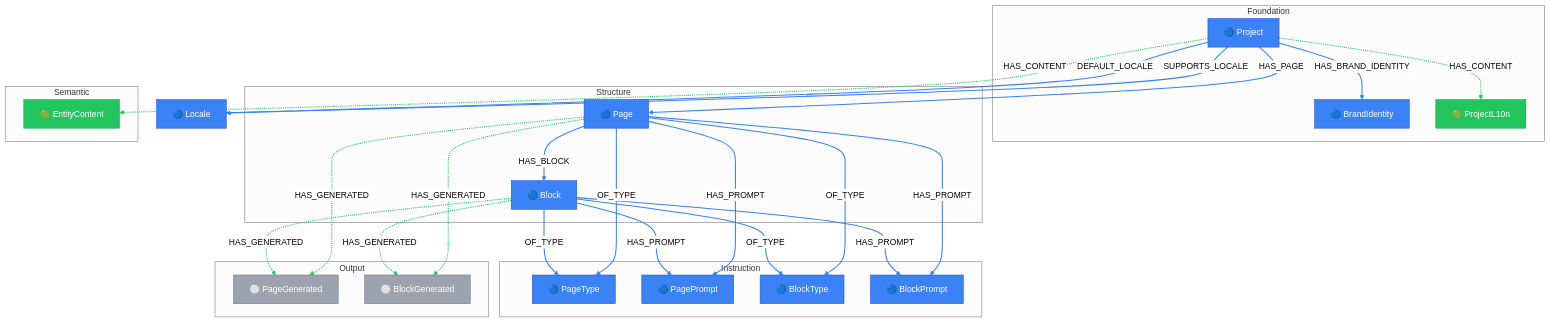
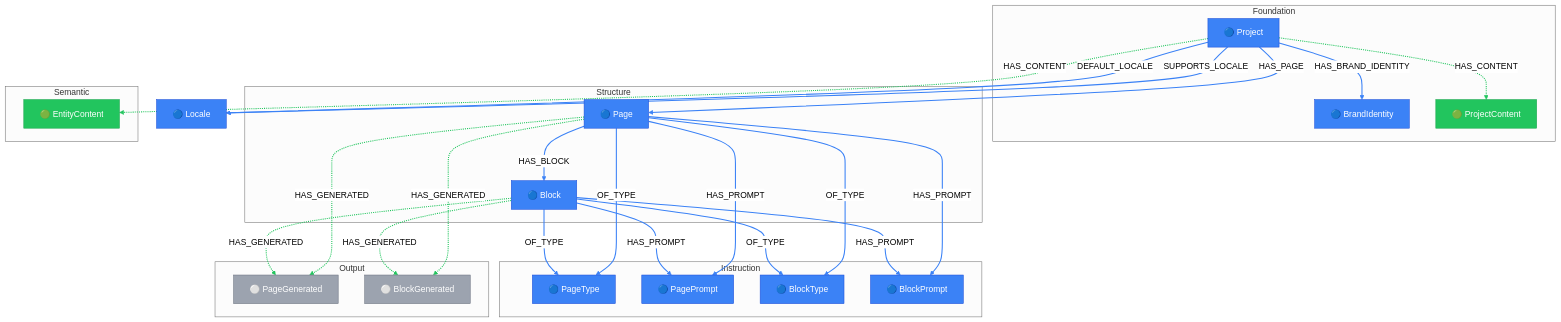
The diagram in packages/core/models/docs/project-layer.md (supernovae-st/novanet), drawn with Mermaid (neutral theme) before and after one commit. The commit also changed other lines of this file and 36 other files, not shown here.

First line of the commit message:
refactor(v11): rename ProjectL10n → ProjectContent for consistency

````diff
--- a/packages/core/models/docs/project-layer.md
+++ b/packages/core/models/docs/project-layer.md
@@ -33,82 +33,82 @@
 ```mermaid
 flowchart TB
   %% View: Project Layer (project-layer)
   %% 13 nodes, 19 arcs
 
   %% Trait styling (node_trait)
   classDef invariant fill:#3b82f6,stroke:#1d4ed8,color:#fff
   classDef localized fill:#22c55e,stroke:#16a34a,color:#fff
   classDef knowledge fill:#8b5cf6,stroke:#7c3aed,color:#fff
   classDef derived fill:#9ca3af,stroke:#6b7280,color:#fff
   classDef job fill:#6b7280,stroke:#4b5563,color:#fff
 
   subgraph FOUNDATION["Foundation"]
     Project["🔵 Project"]
     BrandIdentity["🔵 BrandIdentity"]
-    ProjectL10n["🟢 ProjectL10n"]
+    ProjectContent["🟢 ProjectContent"]
   end
 
   subgraph STRUCTURE["Structure"]
     Page["🔵 Page"]
     Block["🔵 Block"]
   end
 
   subgraph SEMANTIC["Semantic"]
     EntityContent["🟢 EntityContent"]
   end
 
   subgraph INSTRUCTION["Instruction"]
     PageType["🔵 PageType"]
     PagePrompt["🔵 PagePrompt"]
     BlockType["🔵 BlockType"]
     BlockPrompt["🔵 BlockPrompt"]
   end
 
   subgraph OUTPUT["Output"]
     PageGenerated["⚪ PageGenerated"]
     BlockGenerated["⚪ BlockGenerated"]
   end
 
   %% Additional reachable nodes
   Locale["🔵 Locale"]
 
   %% Relationships (styled by arc family)
   Block -.->|HAS_GENERATED| BlockGenerated
   Block -.->|HAS_GENERATED| PageGenerated
   Block -->|HAS_PROMPT| BlockPrompt
   Block -->|HAS_PROMPT| PagePrompt
   Block -->|OF_TYPE| BlockType
   Block -->|OF_TYPE| PageType
   Page -->|HAS_BLOCK| Block
   Page -.->|HAS_GENERATED| BlockGenerated
   Page -.->|HAS_GENERATED| PageGenerated
   Page -->|HAS_PROMPT| BlockPrompt
   Page -->|HAS_PROMPT| PagePrompt
   Page -->|OF_TYPE| BlockType
   Page -->|OF_TYPE| PageType
   Project -->|DEFAULT_LOCALE| Locale
   Project -->|HAS_BRAND_IDENTITY| BrandIdentity
   Project -.->|HAS_CONTENT| EntityContent
-  Project -.->|HAS_CONTENT| ProjectL10n
+  Project -.->|HAS_CONTENT| ProjectContent
   Project -->|HAS_PAGE| Page
   Project -->|SUPPORTS_LOCALE| Locale
 
   %% Arc colors by family
   linkStyle 0,1,7,8,15,16 stroke:#22c55e,stroke-width:2px
   linkStyle 2,3,4,5,6,9,10,11,12,13,14,17,18 stroke:#3b82f6,stroke-width:2px
 
   %% Class assignments
   class Block invariant
   class BlockGenerated derived
   class BlockPrompt invariant
   class BlockType invariant
   class BrandIdentity invariant
   class EntityContent localized
   class Locale invariant
   class Page invariant
   class PageGenerated derived
   class PagePrompt invariant
   class PageType invariant
   class Project invariant
-  class ProjectL10n localized
+  class ProjectContent localized
 ```
````
